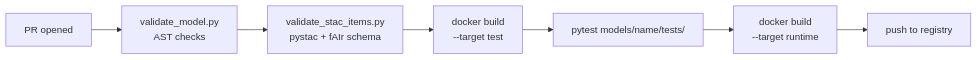
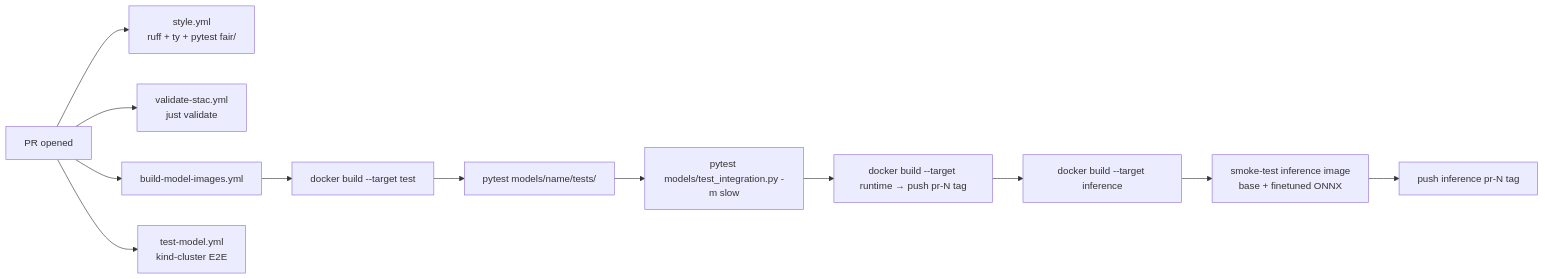
Before and after one commit to GIScience/fAIr-models: the third of 3 diagrams in docs/contributing/model.md, drawn with Mermaid. The commit also changed other lines of this file, not shown here.

Commit message:
fix(docs): update model contribution guidelines for testing and Dockerfile stages

````diff
--- a/docs/contributing/model.md
+++ b/docs/contributing/model.md
@@ -1156,9 +1160,14 @@
 ```mermaid
 flowchart LR
-    A[PR opened] --> B[validate_model.py<br/>AST checks]
-    B --> C[validate_stac_items.py<br/>pystac + fAIr schema]
-    C --> D[docker build<br/>--target test]
-    D --> E[pytest models/name/tests/]
-    E --> F[docker build<br/>--target runtime]
-    F --> G[push to registry]
+    A[PR opened] --> B[style.yml<br/>ruff + ty + pytest fair/]
+    A --> C[validate-stac.yml<br/>just validate]
+    A --> D[build-model-images.yml]
+    A --> E[test-model.yml<br/>kind-cluster E2E]
+    D --> D1[docker build --target test]
+    D1 --> D2[pytest models/name/tests/]
+    D2 --> D3[pytest models/test_integration.py -m slow]
+    D3 --> D4[docker build --target runtime → push pr-N tag]
+    D4 --> D5[docker build --target inference]
+    D5 --> D6[smoke-test inference image<br/>base + finetuned ONNX]
+    D6 --> D7[push inference pr-N tag]
 ```
````
